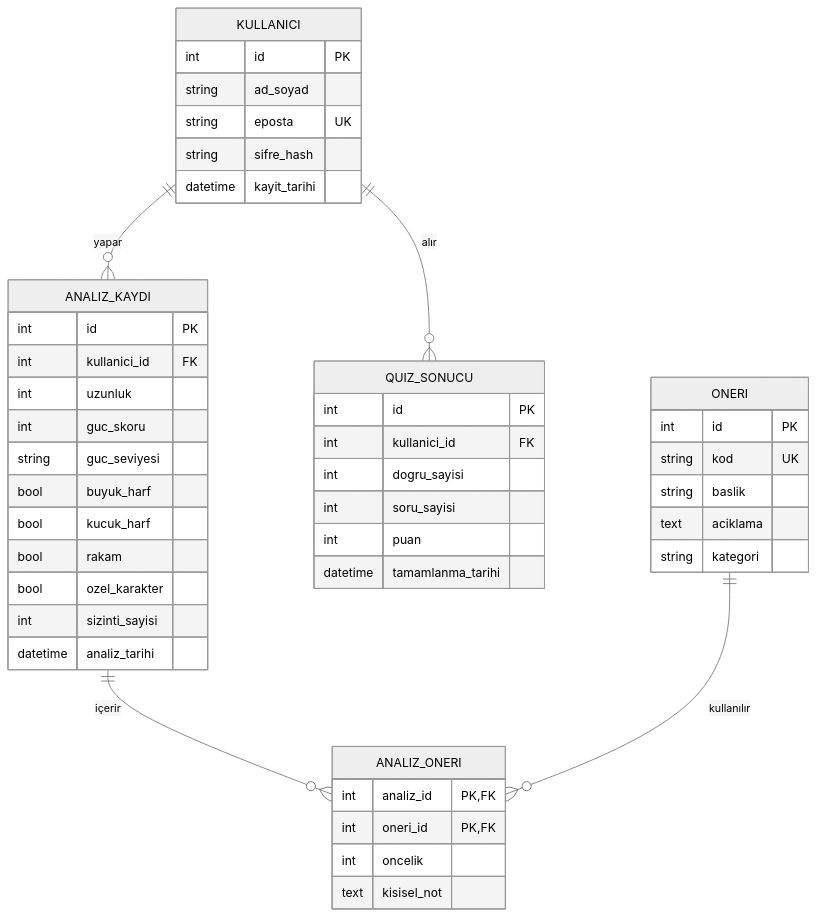
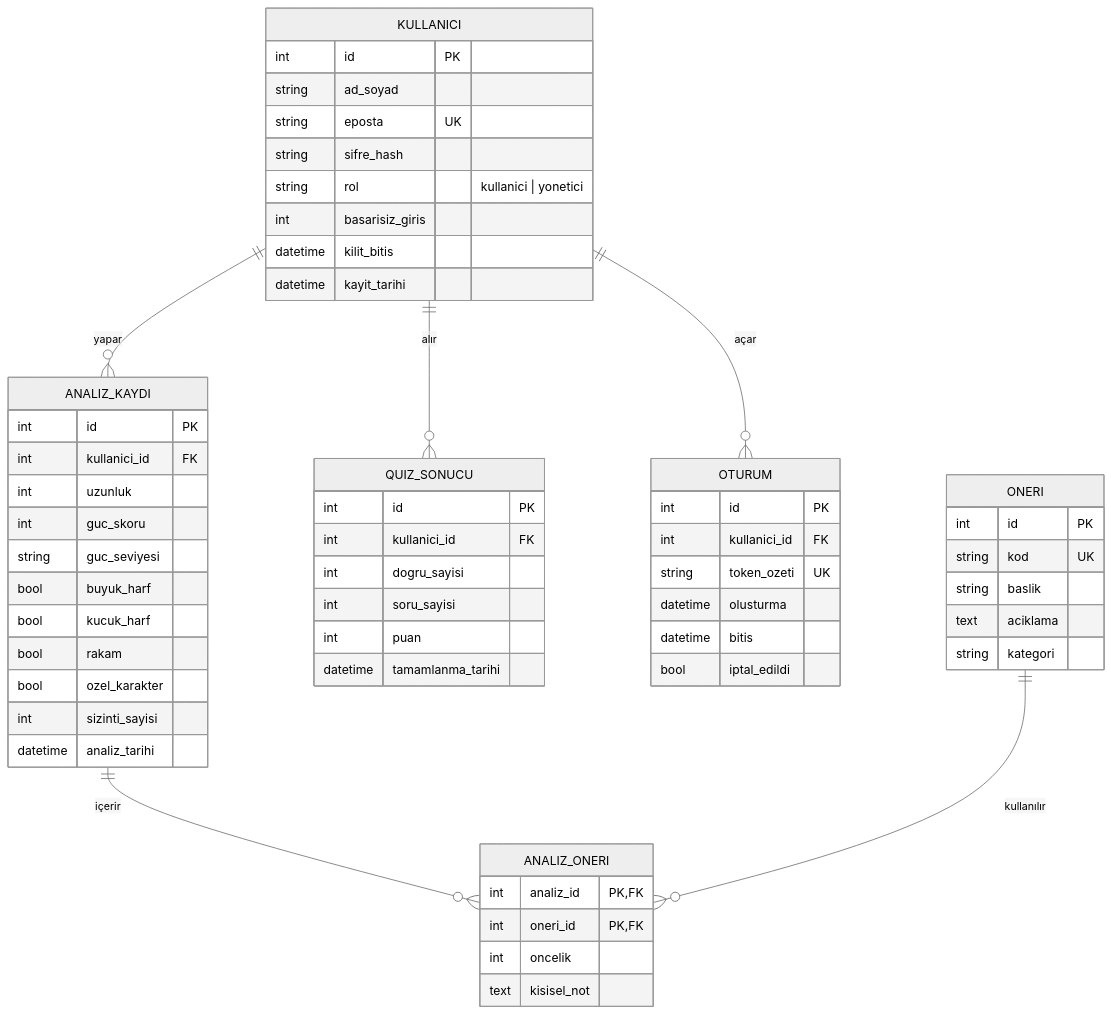
One commit to nehir-atilgan/parola-guvenlik changed the diagram in docs/er_diyagrami.md. Above: the diagram before and after it, drawn with Mermaid (neutral theme). The commit also changed other lines of this file and 24 other files, not shown here.

````diff
--- a/docs/er_diyagrami.md
+++ b/docs/er_diyagrami.md
@@ -3,49 +3,61 @@
 ```mermaid
 erDiagram
     KULLANICI ||--o{ ANALIZ_KAYDI : "yapar"
     KULLANICI ||--o{ QUIZ_SONUCU : "alır"
+    KULLANICI ||--o{ OTURUM : "açar"
     ANALIZ_KAYDI ||--o{ ANALIZ_ONERI : "içerir"
     ONERI ||--o{ ANALIZ_ONERI : "kullanılır"
 
     KULLANICI {
         int id PK
         string ad_soyad
         string eposta UK
         string sifre_hash
+        string rol "kullanici | yonetici"
+        int basarisiz_giris
+        datetime kilit_bitis
         datetime kayit_tarihi
     }
     ANALIZ_KAYDI {
         int id PK
         int kullanici_id FK
         int uzunluk
         int guc_skoru
         string guc_seviyesi
         bool buyuk_harf
         bool kucuk_harf
         bool rakam
         bool ozel_karakter
         int sizinti_sayisi
         datetime analiz_tarihi
     }
     ONERI {
         int id PK
         string kod UK
         string baslik
         text aciklama
         string kategori
     }
     ANALIZ_ONERI {
         int analiz_id PK,FK
         int oneri_id PK,FK
         int oncelik
         text kisisel_not
     }
     QUIZ_SONUCU {
         int id PK
         int kullanici_id FK
         int dogru_sayisi
         int soru_sayisi
         int puan
         datetime tamamlanma_tarihi
     }
+    OTURUM {
+        int id PK
+        int kullanici_id FK
+        string token_ozeti UK
+        datetime olusturma
+        datetime bitis
+        bool iptal_edildi
+    }
 ```
````
